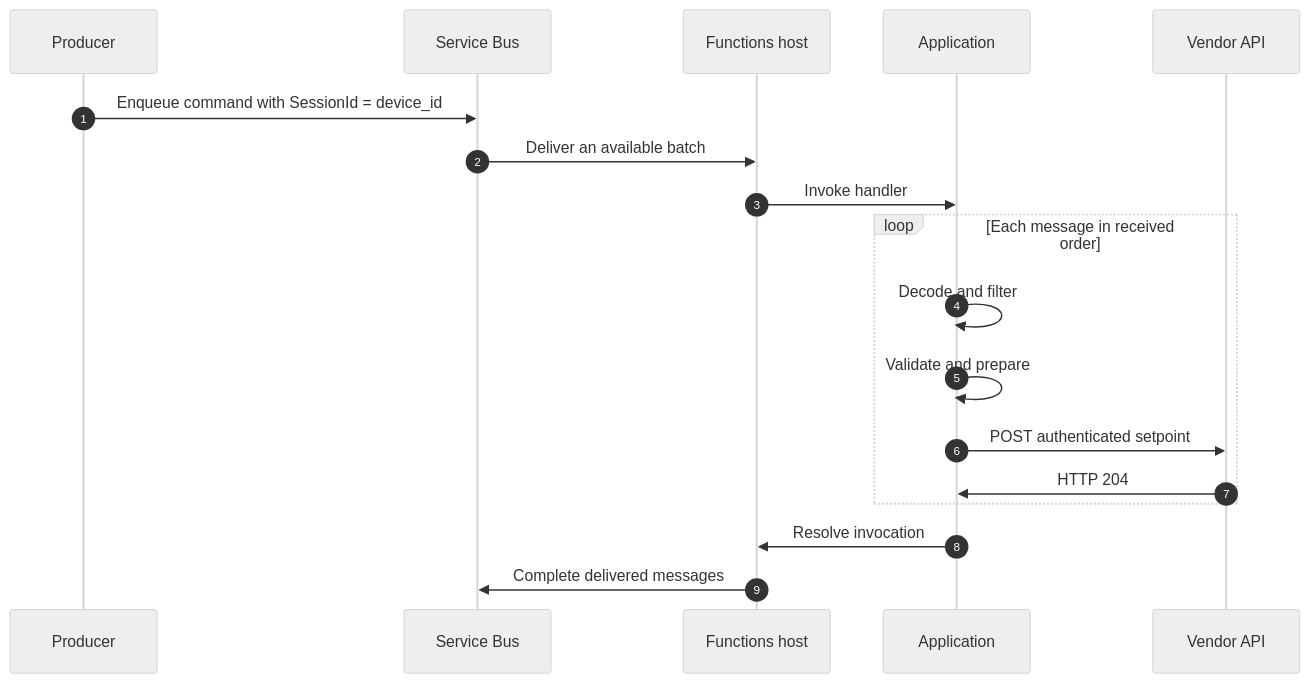
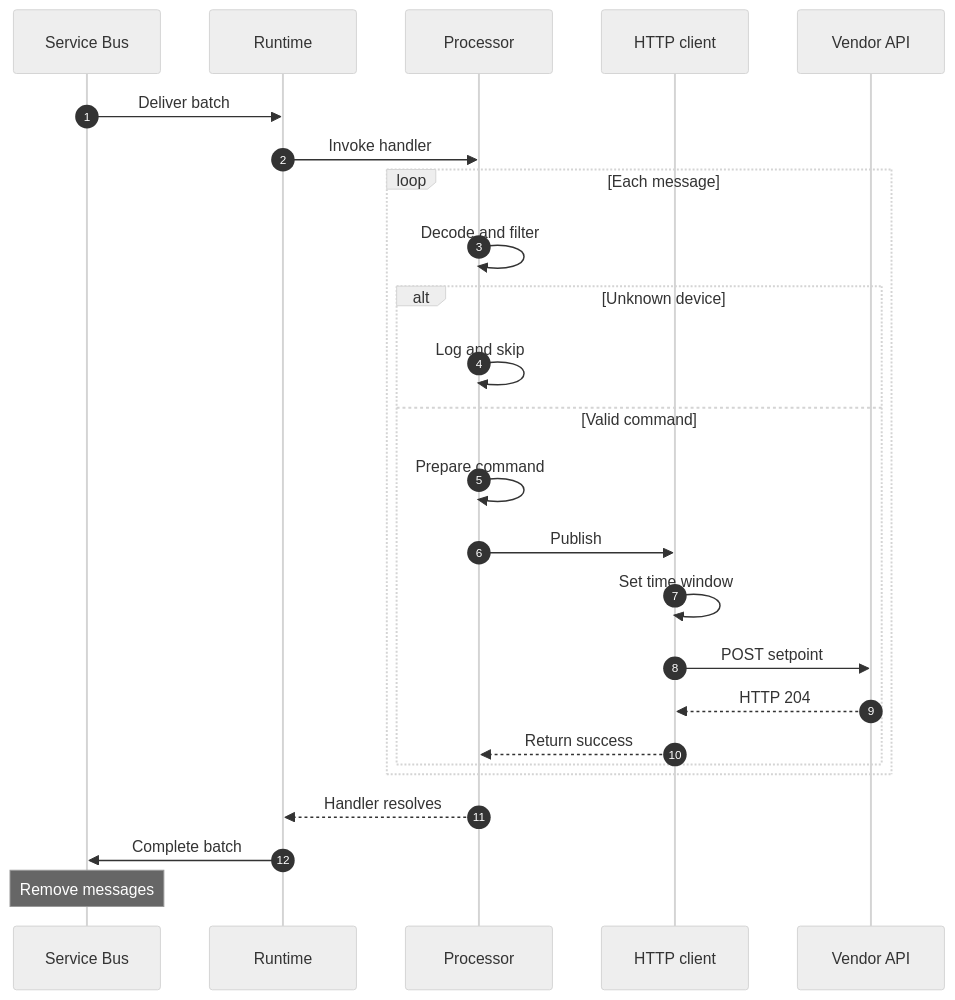
The second of 4 diagrams in README.md (GhodratRezaei/ForwardBatterySetPoints), drawn with Mermaid (neutral theme) before and after one commit. The commit also changed other lines of this file, not shown here.

````diff
--- a/README.md
+++ b/README.md
@@ -59,21 +58,27 @@
 ```mermaid
 sequenceDiagram
     autonumber
-    participant Producer
     participant SB as Service Bus
-    participant Host as Functions host
-    participant App as Application
+    participant AF as Runtime
+    participant BP as Processor
+    participant HC as HTTP client
     participant API as Vendor API
-
-    Producer->>SB: Enqueue command with SessionId = device_id
-    SB->>Host: Deliver an available batch
-    Host->>App: Invoke handler
-    loop Each message in received order
-        App->>App: Decode and filter
-        App->>App: Validate and prepare
-        App->>API: POST authenticated setpoint
-        API->>App: HTTP 204
+    SB->>AF: Deliver batch
+    AF->>BP: Invoke handler
+    loop Each message
+        BP->>BP: Decode and filter
+        alt Unknown device
+            BP->>BP: Log and skip
+        else Valid command
+            BP->>BP: Prepare command
+            BP->>HC: Publish
+            HC->>HC: Set time window
+            HC->>API: POST setpoint
+            API-->>HC: HTTP 204
+            HC-->>BP: Return success
+        end
     end
-    App->>Host: Resolve invocation
-    Host->>SB: Complete delivered messages
+    BP-->>AF: Handler resolves
+    AF->>SB: Complete batch
+    Note over SB: Remove messages
 ```
````
